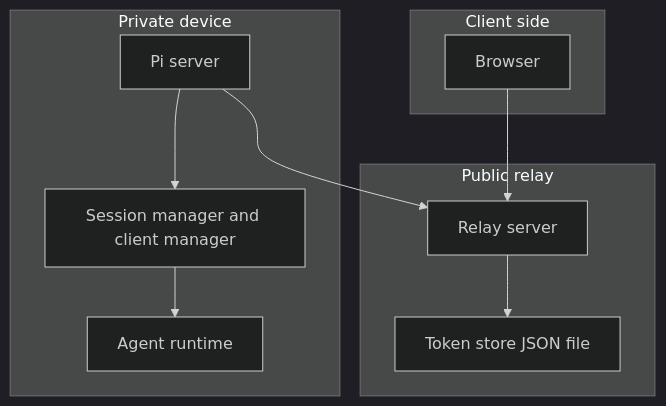
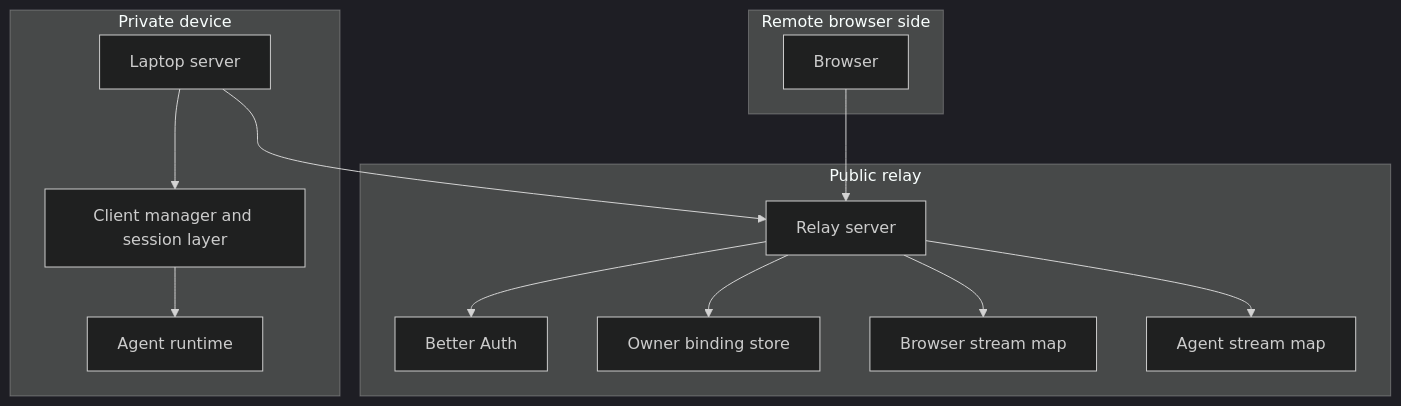
Before and after one commit to MuzzammilRafiq/apreal: the diagram in docs/relay-server-architecture/01-topology-and-runtime-model.md, drawn with Mermaid (dark theme). The commit also changed other lines of this file and 11 other files, not shown here.

````diff
--- a/docs/relay-server-architecture/01-topology-and-runtime-model.md
+++ b/docs/relay-server-architecture/01-topology-and-runtime-model.md
@@ -39,23 +43,29 @@
 ```mermaid
 flowchart TB
-    subgraph ClientSide[Client side]
+    subgraph BrowserSide[Remote browser side]
         Browser[Browser]
     end
 
     subgraph RelaySide[Public relay]
         Relay[Relay server]
-        TokenStore[Token store JSON file]
+        Auth[Better Auth]
+        BindingStore[Owner binding store]
+        BrowserMap[Browser stream map]
+        AgentMap[Agent stream map]
     end
 
     subgraph DeviceSide[Private device]
-        Pi[Pi server]
-        SessionLayer[Session manager and client manager]
+        Server[Laptop server]
+        SessionLayer[Client manager and session layer]
         Agent[Agent runtime]
     end
 
     Browser --> Relay
-    Relay --> TokenStore
-    Pi --> Relay
-    Pi --> SessionLayer
+    Relay --> Auth
+    Relay --> BindingStore
+    Relay --> BrowserMap
+    Relay --> AgentMap
+    Server --> Relay
+    Server --> SessionLayer
     SessionLayer --> Agent
 ```
````
